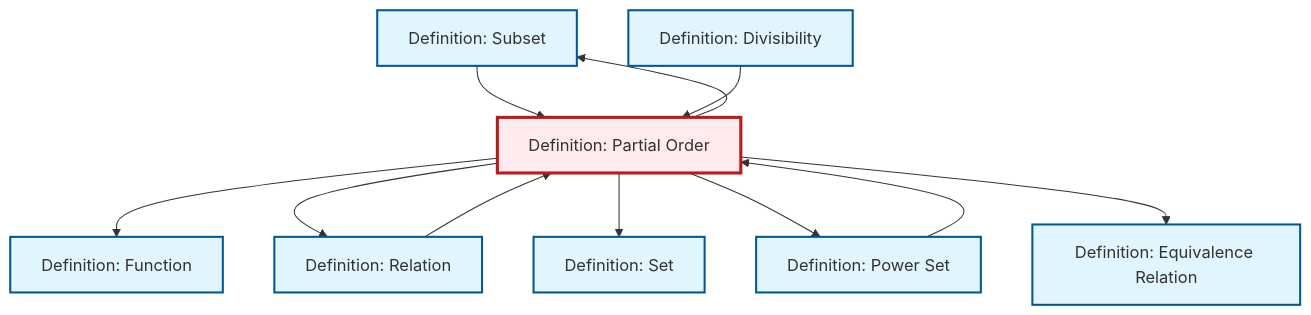
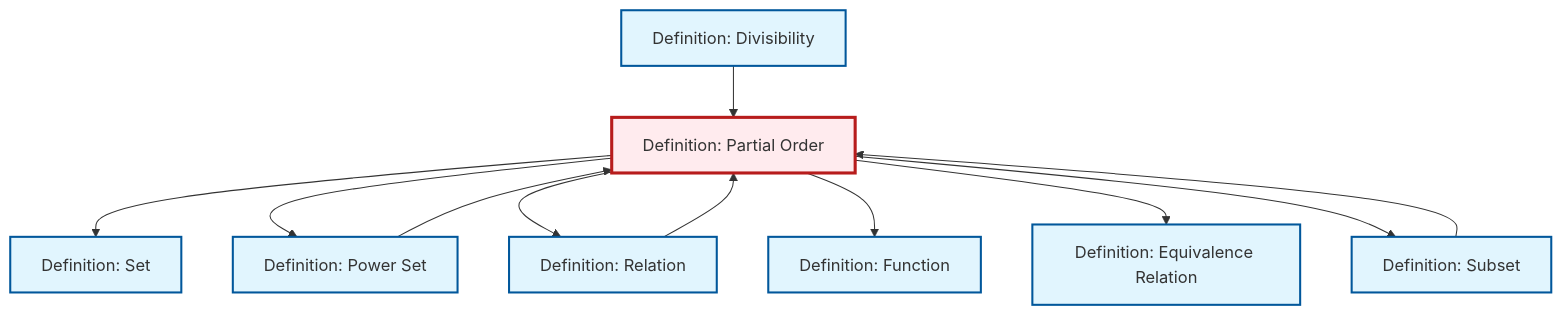
Before and after one commit to RK0429/ModernMath: the diagram in content/ja/logic-set-theory/def-partial-order.qmd, drawn with Mermaid. The commit also changed other lines of this file and 597 other files, not shown here.

````diff
--- a/content/ja/logic-set-theory/def-partial-order.qmd
+++ b/content/ja/logic-set-theory/def-partial-order.qmd
@@ -157,35 +157,35 @@
 ```{mermaid}
 %%| fig-cap: "Local dependency graph"
 graph TD
     classDef definition fill:#e1f5fe,stroke:#01579b,stroke-width:2px
     classDef theorem fill:#f3e5f5,stroke:#4a148c,stroke-width:2px
     classDef axiom fill:#fff3e0,stroke:#e65100,stroke-width:2px
     classDef example fill:#e8f5e9,stroke:#1b5e20,stroke-width:2px
     classDef current fill:#ffebee,stroke:#b71c1c,stroke-width:3px
+    def-partial-order["Definition: Partial Order"]:::definition
+    def-subset["Definition: Subset"]:::definition
+    def-equivalence-relation["Definition: Equivalence Relation"]:::definition
     def-function["Definition: Function"]:::definition
-    def-subset["Definition: Subset"]:::definition
+    def-set["Definition: Set"]:::definition
+    def-power-set["Definition: Power Set"]:::definition
     def-divisibility["Definition: Divisibility"]:::definition
-    def-equivalence-relation["Definition: Equivalence Relation"]:::definition
-    def-partial-order["Definition: Partial Order"]:::definition
-    def-power-set["Definition: Power Set"]:::definition
     def-relation["Definition: Relation"]:::definition
-    def-set["Definition: Set"]:::definition
+    def-divisibility --> def-partial-order
+    def-relation --> def-partial-order
+    def-partial-order --> def-set
+    def-power-set --> def-partial-order
+    def-partial-order --> def-power-set
+    def-partial-order --> def-relation
     def-partial-order --> def-function
-    def-partial-order --> def-relation
-    def-relation --> def-partial-order
+    def-partial-order --> def-equivalence-relation
     def-subset --> def-partial-order
     def-partial-order --> def-subset
-    def-divisibility --> def-partial-order
-    def-power-set --> def-partial-order
-    def-partial-order --> def-set
-    def-partial-order --> def-power-set
-    def-partial-order --> def-equivalence-relation
     class def-partial-order current
+    click def-subset "def-subset.html" "Definition: Subsetへ"
+    click def-equivalence-relation "def-equivalence-relation.html" "Definition: Equivalence Relationへ"
     click def-function "def-function.html" "Definition: Functionへ"
-    click def-subset "def-subset.html" "Definition: Subsetへ"
+    click def-set "def-set.html" "Definition: Setへ"
+    click def-power-set "def-power-set.html" "Definition: Power Setへ"
     click def-divisibility "def-divisibility.html" "Definition: Divisibilityへ"
-    click def-equivalence-relation "def-equivalence-relation.html" "Definition: Equivalence Relationへ"
-    click def-power-set "def-power-set.html" "Definition: Power Setへ"
     click def-relation "def-relation.html" "Definition: Relationへ"
-    click def-set "def-set.html" "Definition: Setへ"
 ```
````
